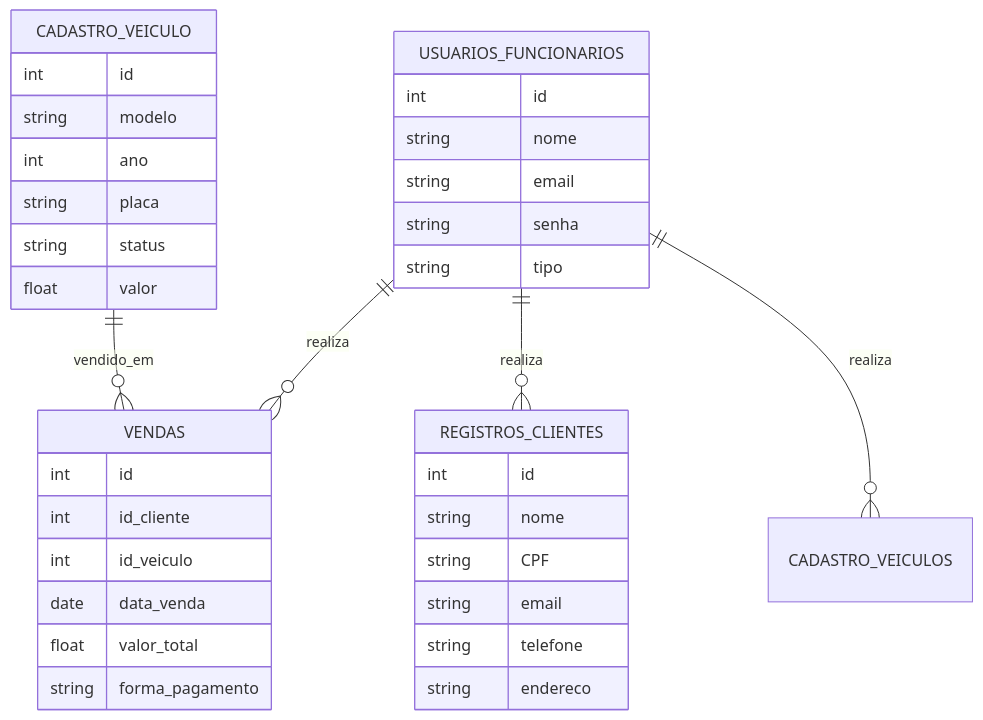
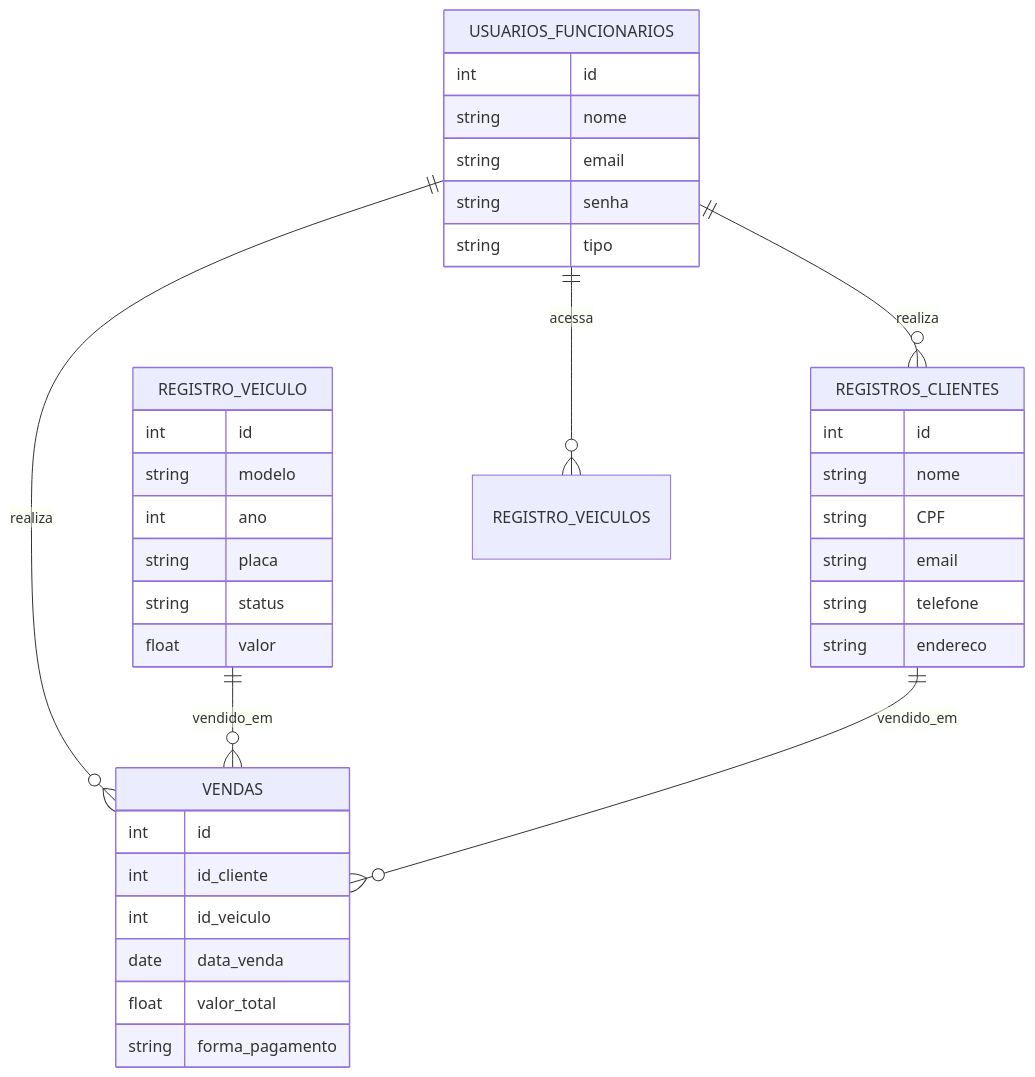
Before and after one commit to MarioSerafimCoder/concessionaria-veiculos: the diagram in README.md, drawn with Mermaid.

````diff
--- a/README.md
+++ b/README.md
@@ -80,46 +80,47 @@
 ```mermaid
 erDiagram
 
     REGISTROS_CLIENTES {
         int id
         string nome
         string CPF
         string email
         string telefone
         string endereco
     }
 
-    CADASTRO_VEICULO {
+    REGISTRO_VEICULO {
         int id
         string modelo
         int ano
         string placa
         string status
         float valor
     }
 
     VENDAS {
         int id
         int id_cliente
         int id_veiculo
         date data_venda
         float valor_total
         string forma_pagamento
     }
 
         USUARIOS_FUNCIONARIOS {
         int id
         string nome
         string email
         string senha
         string tipo
     }
 
     %% RELACIONAMENTOS
     USUARIOS_FUNCIONARIOS ||--o{ VENDAS : realiza
     USUARIOS_FUNCIONARIOS ||--o{ REGISTROS_CLIENTES : realiza
-    USUARIOS_FUNCIONARIOS ||--o{ CADASTRO_VEICULOS : realiza
-    CADASTRO_VEICULO ||--o{ VENDAS : vendido_em
+    USUARIOS_FUNCIONARIOS ||--o{ REGISTRO_VEICULOS : acessa
+    REGISTRO_VEICULO ||--o{ VENDAS : vendido_em
+    REGISTROS_CLIENTES ||--o{ VENDAS : vendido_em
 
 
 ```
````
